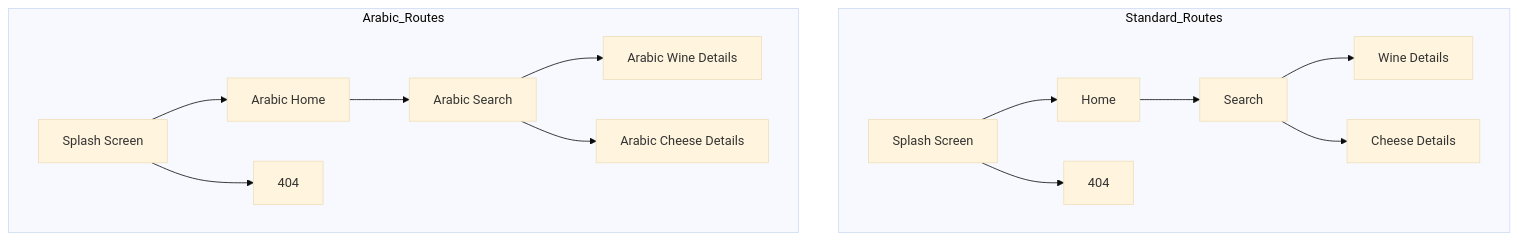
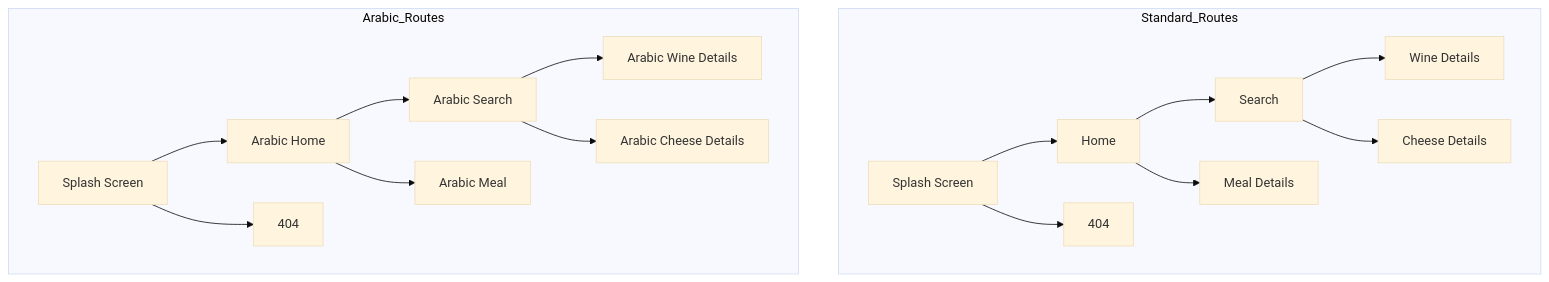
One commit to algosup/2024-2025-project-5-bubble-intermarche-team-8 changed the second of 12 diagrams in documents/technical_specification/technical_specification.md. Above: the diagram before and after it, drawn with Mermaid (base theme). The commit also changed other lines of this file and 1 other file, not shown here.

````diff
--- a/documents/technical_specification/technical_specification.md
+++ b/documents/technical_specification/technical_specification.md
@@ -385,33 +387,37 @@
 ```mermaid
 graph TD
 A[Splash Screen] --> B[Home]
 B --> C[Search]
 C --> D[Wine Details]
 C --> E[Cheese Details]
+B --> G[Meal Details]
 A --> F[404]
 
     %% Arabic Routes
     A_AR[Splash Screen] --> B_AR[Arabic Home]
     B_AR --> C_AR[Arabic Search]
     C_AR --> D_AR[Arabic Wine Details]
     C_AR --> E_AR[Arabic Cheese Details]
+    B_AR --> G_AR[Arabic Meal]
     A_AR --> F_AR[404]
 
     subgraph Standard_Routes
         A
         B
         C
         D
         E
         F
+        G
     end
 
     subgraph Arabic_Routes
         A_AR
         B_AR
         C_AR
         D_AR
         E_AR
         F_AR
+        G_AR
     end
 ```
````
